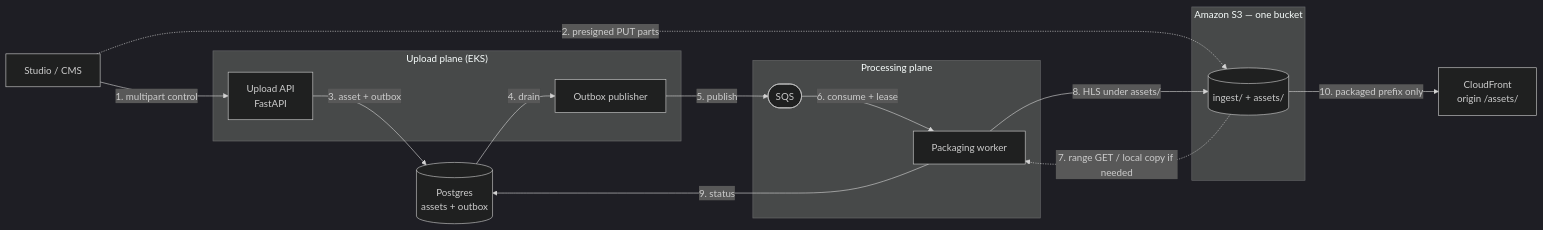
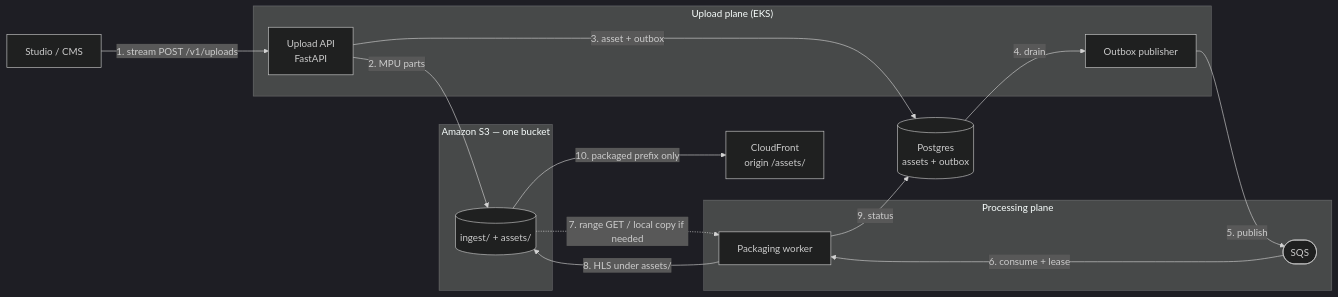
The first of 2 diagrams in docs/HLD.md (personal-ott-platform/ott-platform-ingestion-service), drawn with Mermaid (dark theme) before and after one commit. The commit also changed other lines of this file and 16 other files, not shown here.

First line of the commit message:
1 implement multipart api to upload the huge video file (#3)

````diff
--- a/docs/HLD.md
+++ b/docs/HLD.md
@@ -41,32 +41,32 @@
 ```mermaid
 flowchart LR
     client["Studio / CMS"]
 
     subgraph upload["Upload plane (EKS)"]
         api["Upload API<br/>FastAPI"]
         pub["Outbox publisher"]
     end
 
     subgraph process["Processing plane"]
         mq(["SQS"])
         worker["Packaging worker"]
     end
 
     subgraph storage["Amazon S3 — one bucket"]
         s3[("ingest/ + assets/")]
     end
 
     db[("Postgres<br/>assets + outbox")]
     cf["CloudFront<br/>origin /assets/"]
 
-    client -->|"1. multipart control"| api
-    client -.->|"2. presigned PUT parts"| s3
+    client -->|"1. stream POST /v1/uploads"| api
+    api -->|"2. MPU parts"| s3
     api -->|"3. asset + outbox"| db
     db -->|"4. drain"| pub
     pub -->|"5. publish"| mq
     mq -->|"6. consume + lease"| worker
     s3 -.->|"7. range GET / local copy if needed"| worker
     worker -->|"8. HLS under assets/"| s3
     worker -->|"9. status"| db
     s3 -->|"10. packaged prefix only"| cf
 ```
````
